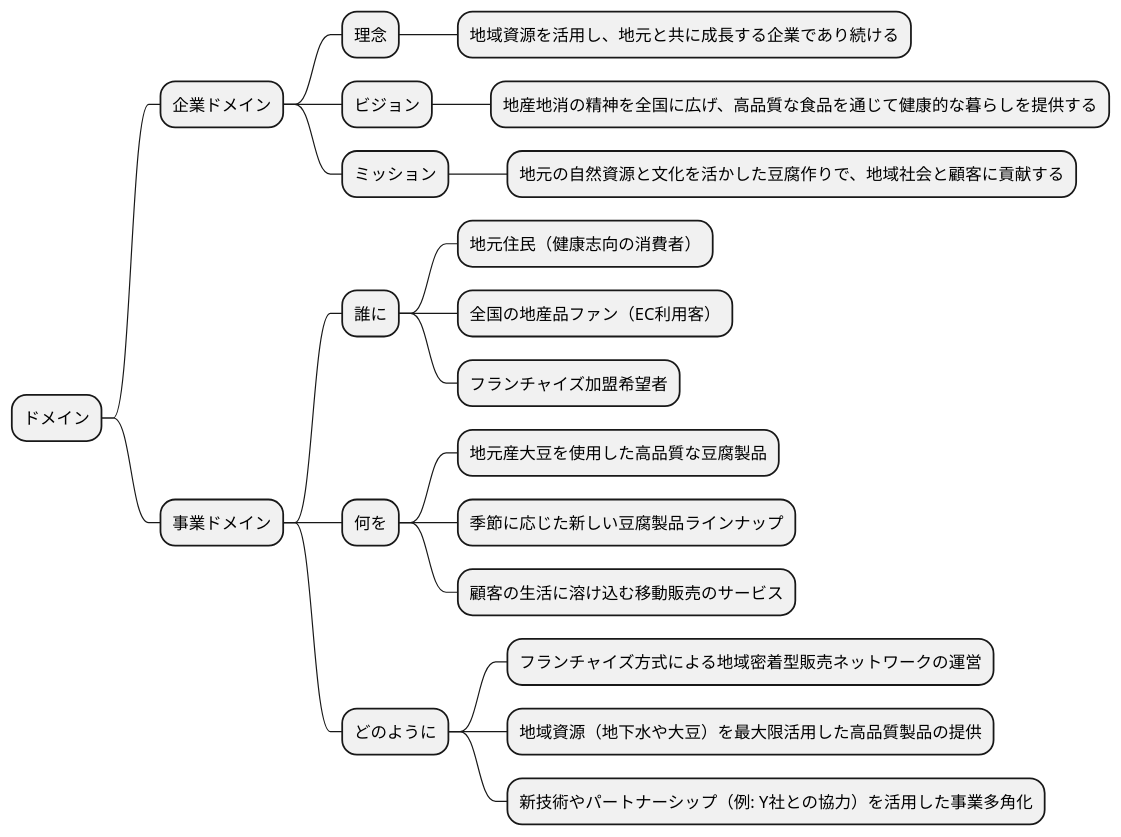
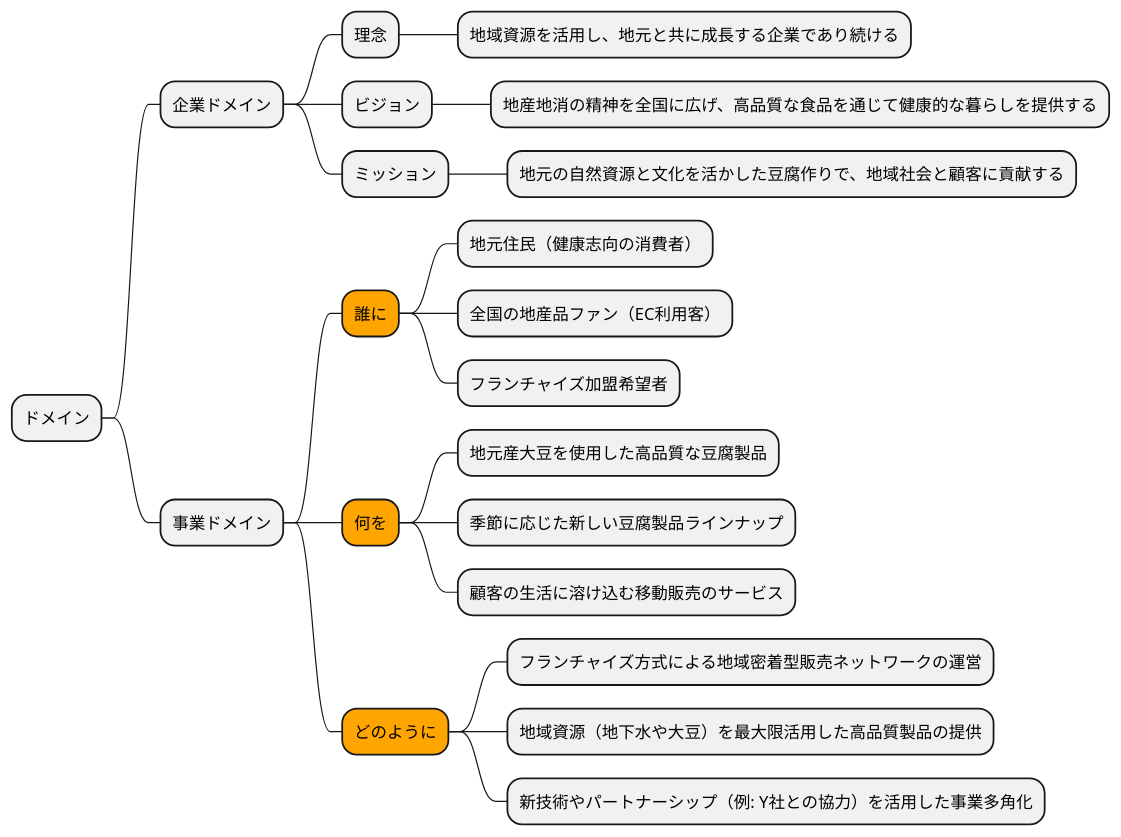
One commit to k2works/case-study-business-analysis changed the fifth of 19 diagrams in docs/case/r03_case_2.adoc. Above: the diagram before and after it, drawn with PlantUML. The commit also changed other lines of this file, not shown here.

```diff
--- a/docs/case/r03_case_2.adoc
+++ b/docs/case/r03_case_2.adoc
@@ -195,28 +195,28 @@
 [plantuml]
 ----
 @startmindmap
 
 * ドメイン
 ** 企業ドメイン
 *** 理念
 **** 地域資源を活用し、地元と共に成長する企業であり続ける
 *** ビジョン
 **** 地産地消の精神を全国に広げ、高品質な食品を通じて健康的な暮らしを提供する
 *** ミッション
 **** 地元の自然資源と文化を活かした豆腐作りで、地域社会と顧客に貢献する
 ** 事業ドメイン
-*** 誰に
+***[#orange] 誰に
 **** 地元住民（健康志向の消費者）
 **** 全国の地産品ファン（EC利用客）
 **** フランチャイズ加盟希望者
-*** 何を
+***[#orange] 何を
 **** 地元産大豆を使用した高品質な豆腐製品
 **** 季節に応じた新しい豆腐製品ラインナップ
 **** 顧客の生活に溶け込む移動販売のサービス
-*** どのように
+***[#orange] どのように
 **** フランチャイズ方式による地域密着型販売ネットワークの運営
 **** 地域資源（地下水や大豆）を最大限活用した高品質製品の提供
 **** 新技術やパートナーシップ（例: Y社との協力）を活用した事業多角化
 
 @endmindmap
 ----
```
